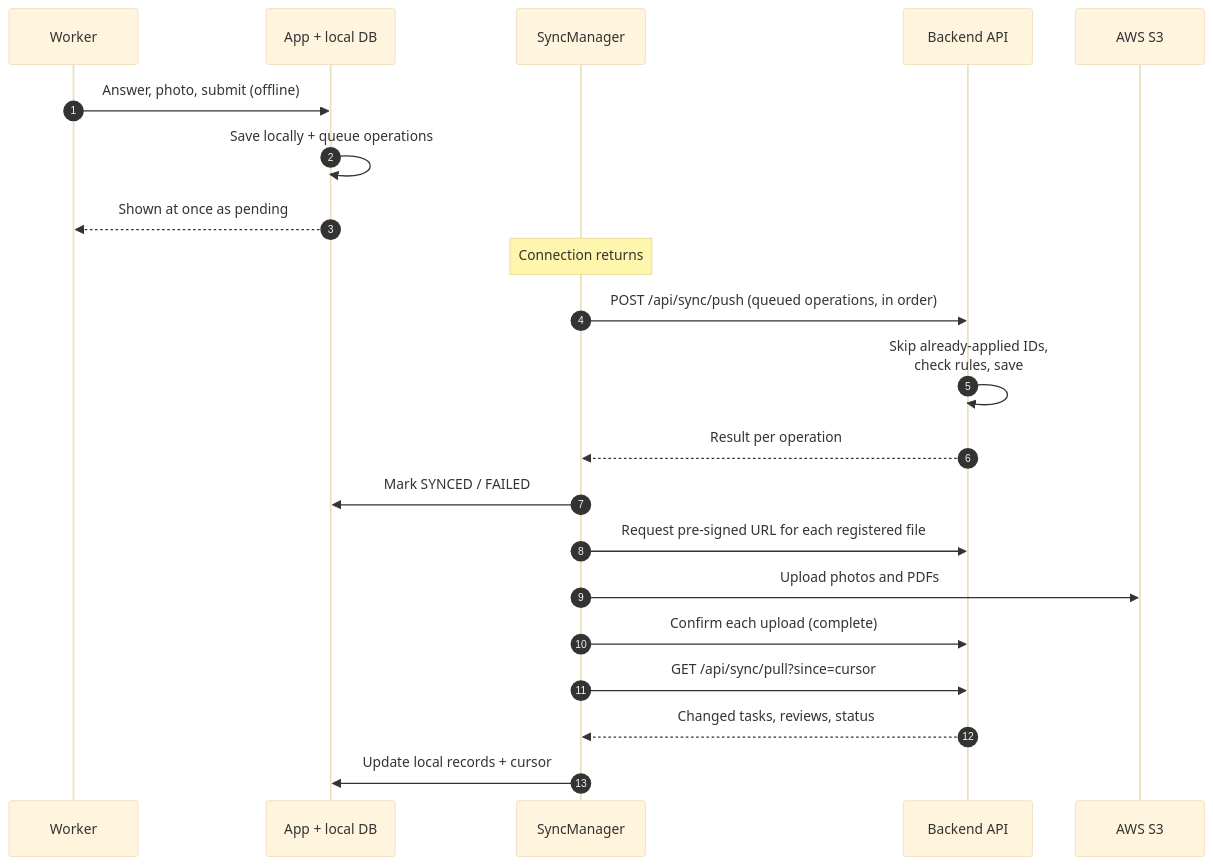
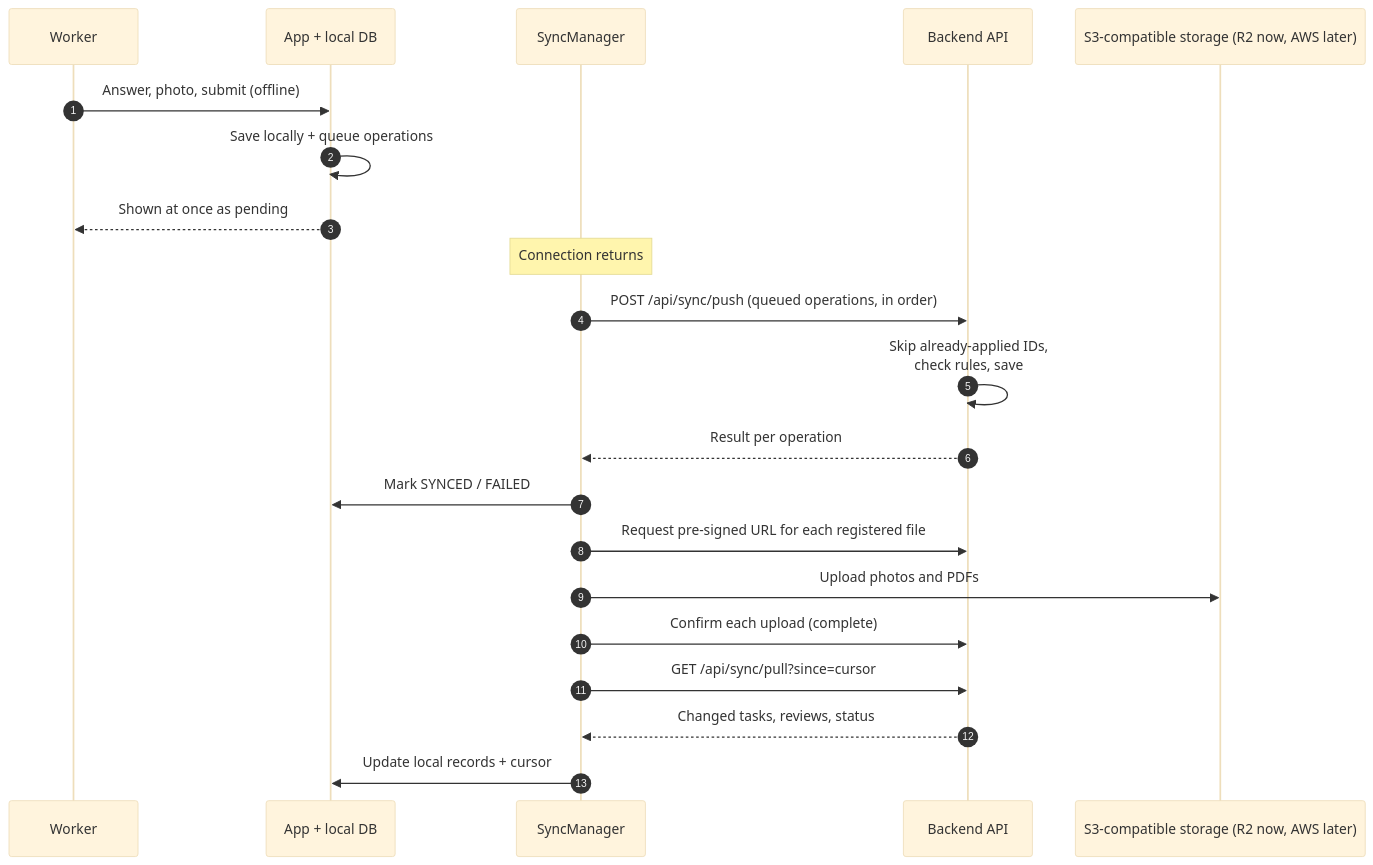
The seventh of 7 diagrams in docs/architecture.md (RezwanAhmed/taskInspect), drawn with Mermaid (base theme) before and after one commit. The commit also changed other lines of this file and 4 other files, not shown here.

````diff
--- a/docs/architecture.md
+++ b/docs/architecture.md
@@ -781,24 +787,24 @@
 ```mermaid
 sequenceDiagram
     autonumber
     participant W as Worker
     participant App as App + local DB
     participant SM as SyncManager
     participant API as Backend API
-    participant S3 as AWS S3
+    participant S3 as S3-compatible storage (R2 now, AWS later)
 
     W->>App: Answer, photo, submit (offline)
     App->>App: Save locally + queue operations
     App-->>W: Shown at once as pending
     Note over SM: Connection returns
     SM->>API: POST /api/sync/push (queued operations, in order)
     API->>API: Skip already-applied IDs,<br/>check rules, save
     API-->>SM: Result per operation
     SM->>App: Mark SYNCED / FAILED
     SM->>API: Request pre-signed URL for each registered file
     SM->>S3: Upload photos and PDFs
     SM->>API: Confirm each upload (complete)
     SM->>API: GET /api/sync/pull?since=cursor
     API-->>SM: Changed tasks, reviews, status
     SM->>App: Update local records + cursor
 ```
````
